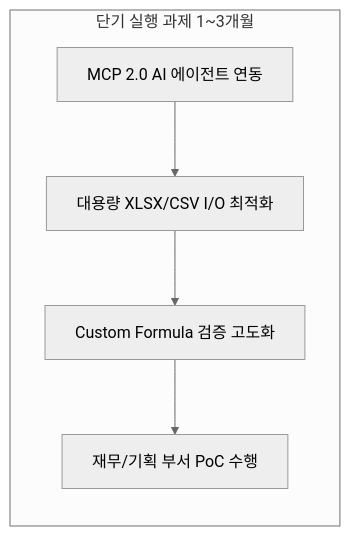
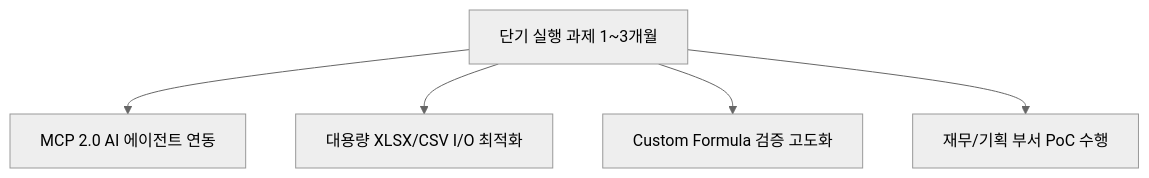
Before and after one commit to hkjang/kanpic: the second of 4 diagrams in docs/ROADMAP_PLAN.md, drawn with Mermaid (neutral theme). The commit also changed other lines of this file and 9 other files, not shown here.

````diff
--- a/docs/ROADMAP_PLAN.md
+++ b/docs/ROADMAP_PLAN.md
@@ -42,8 +42,7 @@
 ```mermaid
-graph LR
-    subgraph ShortTerm [단기 실행 과제 1~3개월]
-        A[MCP 2.0 AI 에이전트 연동] --> B[대용량 XLSX/CSV I/O 최적화]
-        B --> C[Custom Formula 검증 고도화]
-        C --> D[재무/기획 부서 PoC 수행]
-    end
+flowchart TD
+    Sub1[단기 실행 과제 1~3개월] --> Task1[MCP 2.0 AI 에이전트 연동]
+    Sub1 --> Task2[대용량 XLSX/CSV I/O 최적화]
+    Sub1 --> Task3[Custom Formula 검증 고도화]
+    Sub1 --> Task4[재무/기획 부서 PoC 수행]
 ```
````
